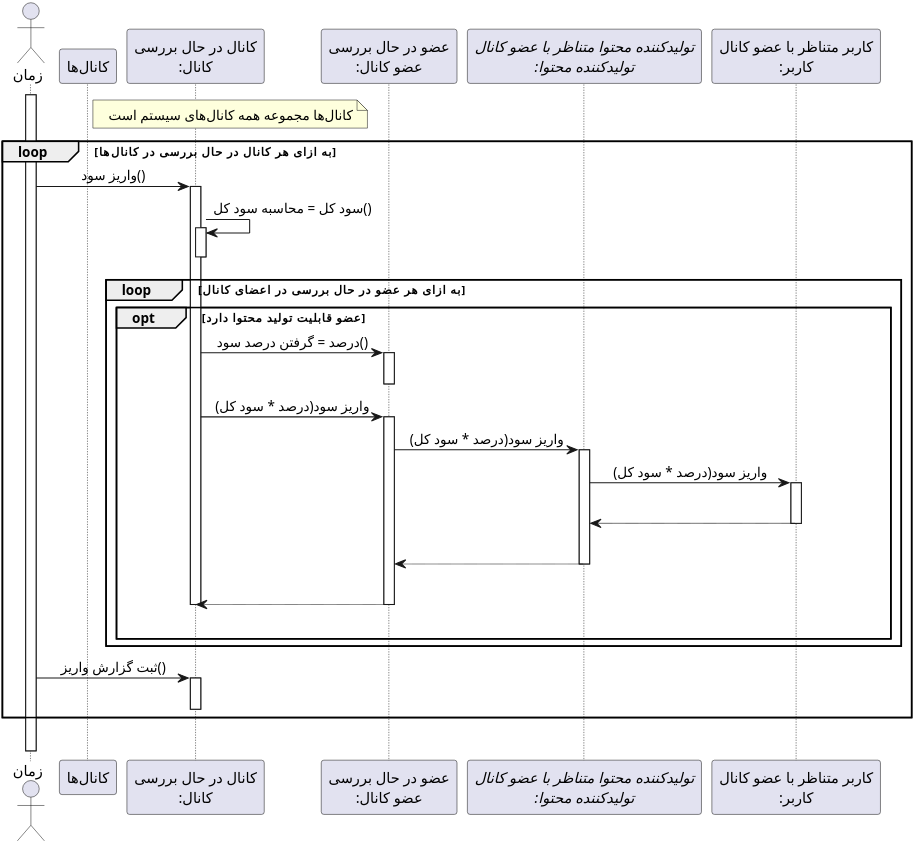
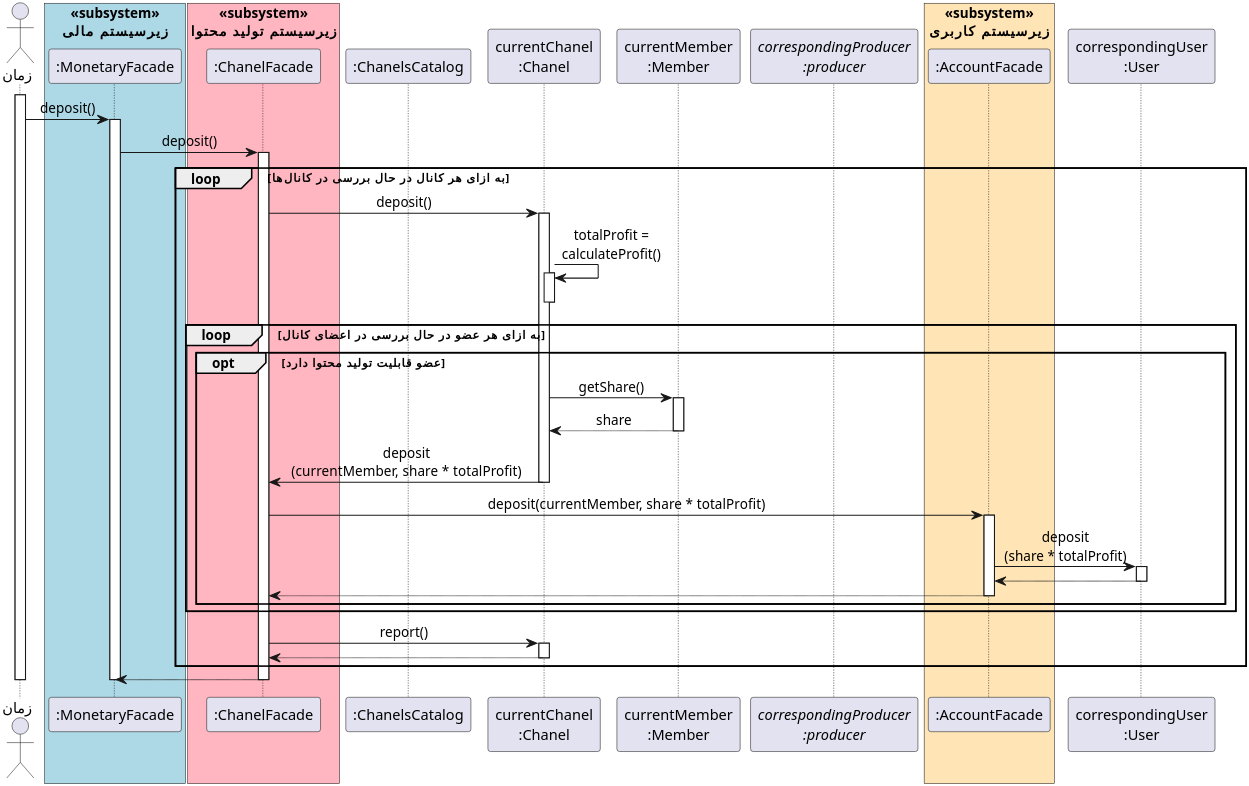
Before and after one commit to soleyman79/Qasedak: the diagram in Diagrams/Design Sequence/DepositProfit.puml, drawn with PlantUML.

Commit message:
Add deposit profit

```diff
--- a/Diagrams/Design Sequence/DepositProfit.puml
+++ b/Diagrams/Design Sequence/DepositProfit.puml
@@ -1,59 +1,66 @@
 @startuml deposit_profit
 
 
 scale 4
 skinparam DefaultFontName Vazir
 skinparam DefaultTextAlignment center
 
 
 actor "زمان" as time
-participant "کانال‌ها" as chanels
-participant "کانال در حال بررسی\n:کانال" as current_chanel
-participant "عضو در حال بررسی\n:عضو کانال" as member
-participant "//تولیدکننده محتوا متناظر با عضو کانال//\n//:تولیدکننده محتوا//" as producer
-participant "کاربر متناظر با عضو کانال\n:کاربر" as user
-
-note right chanels
-کانال‌ها مجموعه همه کانال‌های سیستم است
-end note
+box "«subsystem»\nزیرسیستم مالی" #LightBlue
+participant ":MonetaryFacade" as monetary
+end box
+box "«subsystem»\nزیرسیستم تولید محتوا" #LightPink
+participant ":ChanelFacade" as chanelFacade
+end box
+participant ":ChanelsCatalog" as chanels
+participant "currentChanel\n:Chanel" as currentChanel
+participant "currentMember\n:Member" as member
+participant "//correspondingProducer//\n//:producer//" as producer
+box "«subsystem»\nزیرسیستم کاربری" #Moccasin
+participant ":AccountFacade" as accountFacade
+end box
+participant "correspondingUser\n:User" as user
 
 activate time
+time -> monetary: deposit()
+activate monetary
+monetary -> chanelFacade: deposit()
+activate chanelFacade
 loop به ازای هر کانال در حال بررسی در کانال‌ها
-    time -> current_chanel : واریز سود()
-    activate current_chanel
-    current_chanel -> current_chanel : سود کل = محاسبه سود کل()
-    activate current_chanel
-    deactivate current_chanel
+    chanelFacade -> currentChanel: deposit()
+    activate currentChanel
+    currentChanel -> currentChanel : totalProfit =\ncalculateProfit()
+    activate currentChanel
+    deactivate currentChanel
     loop به ازای هر عضو در حال بررسی در اعضای کانال
         opt عضو قابلیت تولید محتوا دارد
-            current_chanel -> member : درصد = گرفتن درصد سود()
+            currentChanel -> member: getShare()
             activate member
+            member --> currentChanel: share
             deactivate member
-            current_chanel -> member : واریز سود(درصد * سود کل) 
-            activate member
-            member -> producer : واریز سود(درصد * سود کل) 
-            activate producer
-            producer -> user : واریز سود(درصد * سود کل) 
+            currentChanel -> chanelFacade: deposit\n(currentMember, share * totalProfit)
+            deactivate currentChanel
+
+            chanelFacade -> accountFacade: deposit(currentMember, share * totalProfit)
+            activate accountFacade
+            accountFacade -> user: deposit\n(share * totalProfit)
             activate user
-            |||
-            user --> producer
+            user --> accountFacade
             deactivate user
-            |||
-            producer --> member
-            deactivate producer
-            |||
-            member --> current_chanel
-            deactivate member
-            |||
-            deactivate current_chanel
+            accountFacade --> chanelFacade
+            deactivate accountFacade
         end
     end
-    time -> current_chanel : ثبت گزارش واریز()
-    activate current_chanel
-    deactivate current_chanel
+    chanelFacade -> currentChanel: report()
+    activate currentChanel
+    currentChanel --> chanelFacade
+    deactivate currentChanel
 end
-|||
+chanelFacade --> monetary
+deactivate chanelFacade
+deactivate monetary
 deactivate time
 
 
 @enduml
```
